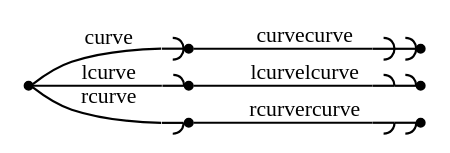
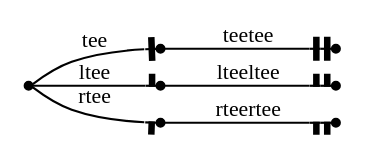
The diagram in out/clusters.out.08.010.gv (graphviz-perl/GraphViz2-Marpa-PathUtils), drawn with Graphviz before and after one commit. The commit also changed 33 other files, not shown here.

```diff
--- a/out/clusters.out.08.010.gv
+++ b/out/clusters.out.08.010.gv
@@ -1,13 +1,13 @@
 digraph G
 {
 	graph[ rankdir = "LR" nodesep = "0"]
 	node[ shape = "point" label = ""]
 	edge[ fontsize = "10"]
-	_curve -> curve[ arrowhead = "curve" label = "curve"]
-	curve -> curvecurve[ arrowhead = "curvecurve" label = "curvecurve"]
-	_curve -> lcurve[ arrowhead = "lcurve" label = "lcurve"]
-	lcurve -> lcurvelcurve[ arrowhead = "lcurvelcurve" label = "lcurvelcurve"]
-	_curve -> rcurve[ arrowhead = "rcurve" label = "rcurve"]
-	rcurve -> rcurvercurve[ arrowhead = "rcurvercurve" label = "rcurvercurve"]
+	_tee -> tee[ arrowhead = "tee" label = "tee"]
+	tee -> teetee[ arrowhead = "teetee" label = "teetee"]
+	_tee -> ltee[ arrowhead = "ltee" label = "ltee"]
+	ltee -> lteeltee[ arrowhead = "lteeltee" label = "lteeltee"]
+	_tee -> rtee[ arrowhead = "rtee" label = "rtee"]
+	rtee -> rteertee[ arrowhead = "rteertee" label = "rteertee"]
 
 }
```
